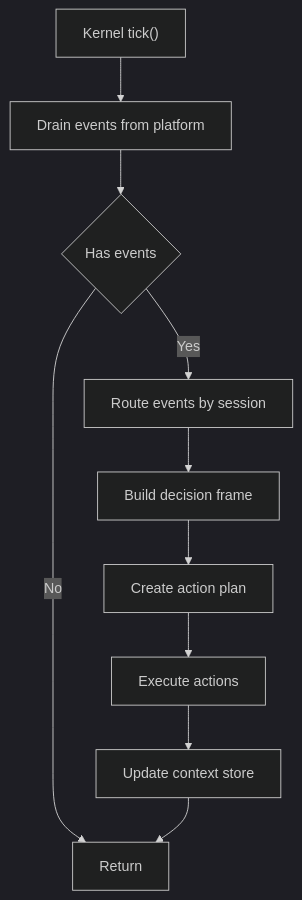
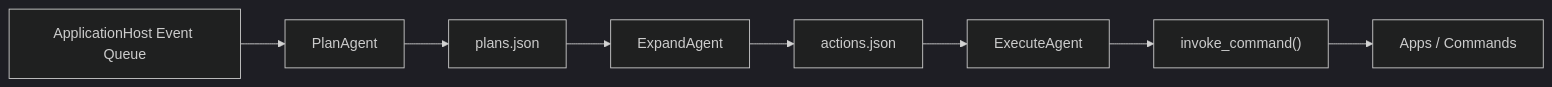
One commit to JuFireX/AuroraBot changed the diagram in docs/KERNEL_ARCHITECTURE_PLAN.md. Above: the diagram before and after it, drawn with Mermaid (dark theme). The commit also changed other lines of this file and 1 other file, not shown here.

````diff
--- a/docs/KERNEL_ARCHITECTURE_PLAN.md
+++ b/docs/KERNEL_ARCHITECTURE_PLAN.md
@@ -460,22 +92,10 @@
 ```mermaid
-flowchart TB
-    START["Kernel tick()"]
-    DRAIN["Drain events from platform"]
-    EMPTY{"Has events"}
-    ROUTE["Route events by session"]
-    FRAME["Build decision frame"]
-    PLAN["Create action plan"]
-    EXEC["Execute actions"]
-    UPDATE["Update context store"]
-    END["Return"]
-
-    START --> DRAIN
-    DRAIN --> EMPTY
-    EMPTY -->|"No"| END
-    EMPTY -->|"Yes"| ROUTE
-    ROUTE --> FRAME
-    FRAME --> PLAN
-    PLAN --> EXEC
-    EXEC --> UPDATE
-    UPDATE --> END
+flowchart LR
+    E["ApplicationHost Event Queue"] --> P["PlanAgent"]
+    P --> PJ["plans.json"]
+    PJ --> X["ExpandAgent"]
+    X --> AJ["actions.json"]
+    AJ --> EX["ExecuteAgent"]
+    EX --> C["invoke_command()"]
+    C --> APPS["Apps / Commands"]
 ```
````
